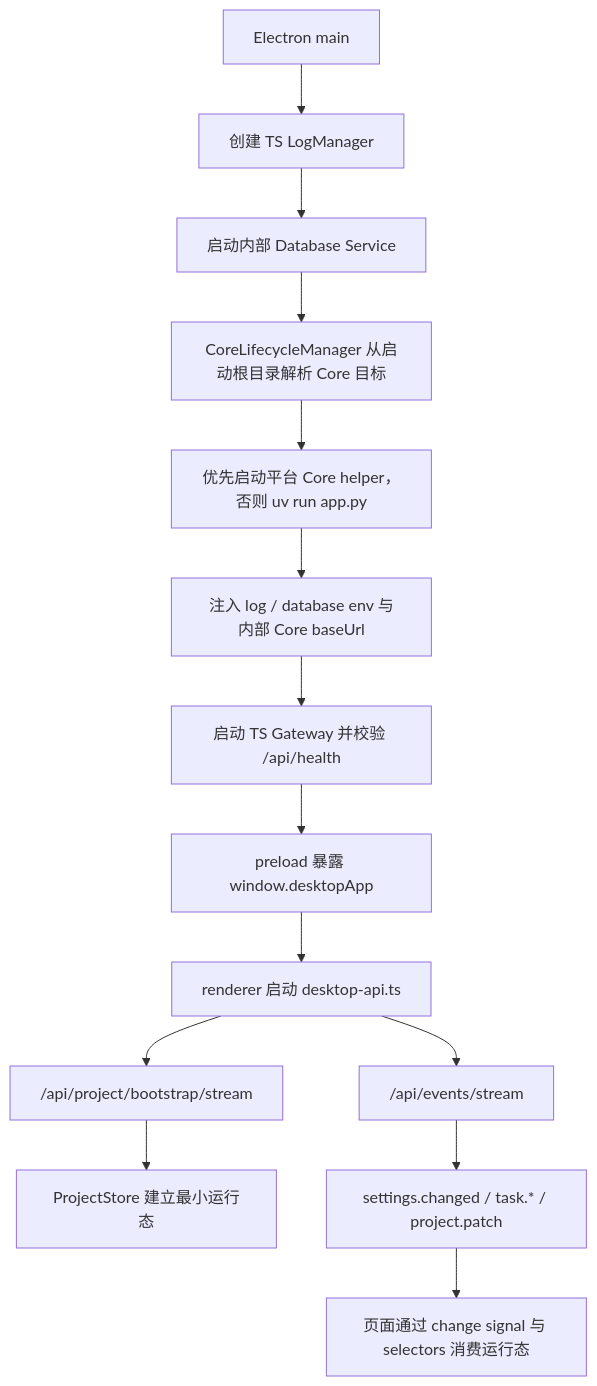
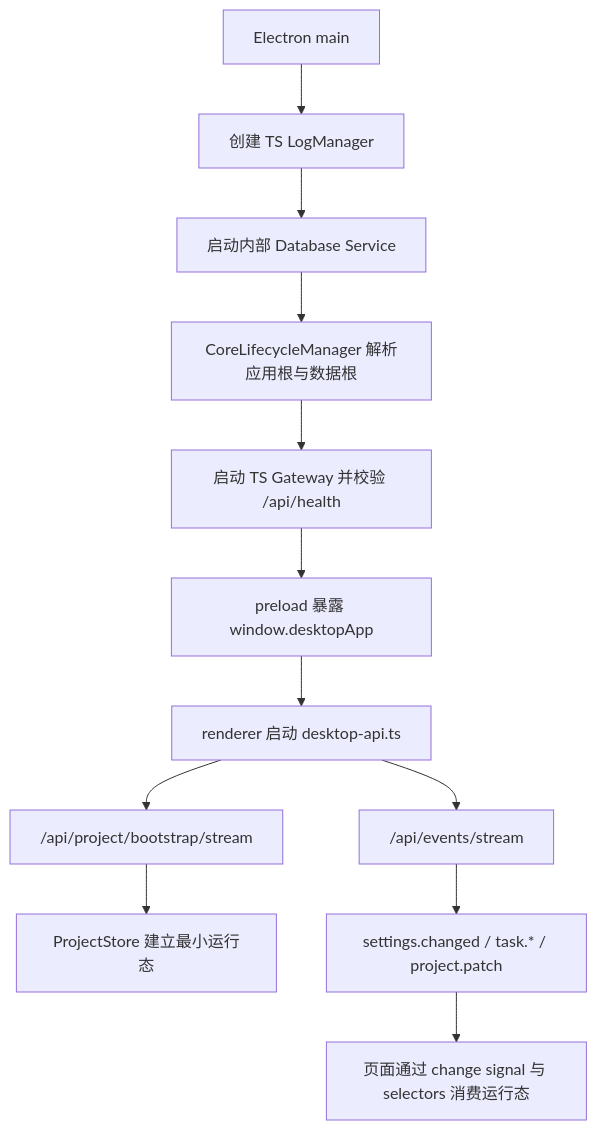
One commit to neavo/LinguaGacha changed the second of 3 diagrams in docs/ARCHITECTURE.md. Above: the diagram before and after it, drawn with Mermaid. The commit also changed other lines of this file and 239 other files, not shown here.

````diff
--- a/docs/ARCHITECTURE.md
+++ b/docs/ARCHITECTURE.md
@@ -60,16 +54,14 @@
 ```mermaid
 flowchart TD
     A["Electron main"] --> L["创建 TS LogManager"]
     L --> S["启动内部 Database Service"]
-    S --> B["CoreLifecycleManager 从启动根目录解析 Core 目标"]
-    B --> C["优先启动平台 Core helper，否则 uv run app.py"]
-    C --> D["注入 log / database env 与内部 Core baseUrl"]
-    D --> T["启动 TS Gateway 并校验 /api/health"]
+    S --> B["CoreLifecycleManager 解析应用根与数据根"]
+    B --> T["启动 TS Gateway 并校验 /api/health"]
     T --> E["preload 暴露 window.desktopApp"]
     E --> F["renderer 启动 desktop-api.ts"]
     F --> G["/api/project/bootstrap/stream"]
     G --> H["ProjectStore 建立最小运行态"]
     F --> I["/api/events/stream"]
     I --> J["settings.changed / task.* / project.patch"]
     J --> K["页面通过 change signal 与 selectors 消费运行态"]
 ```
````
